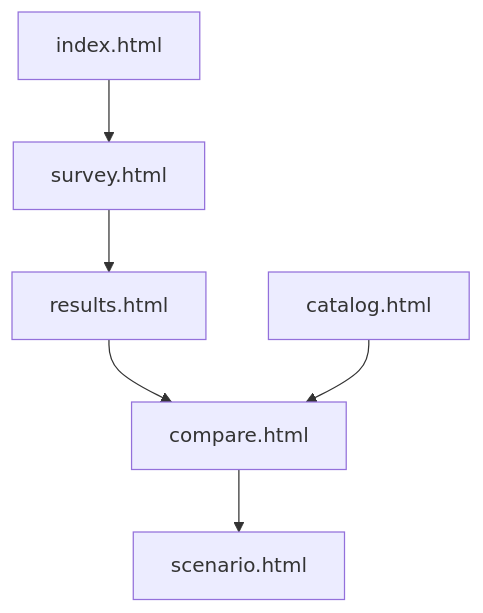
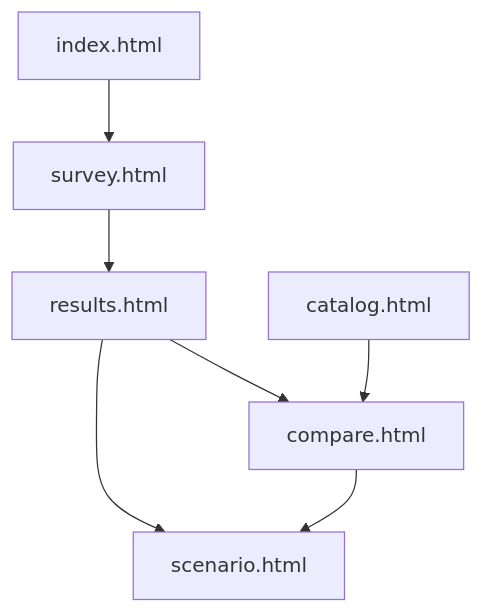
Before and after one commit to azrashn/smart-car-recommender: the diagram in docs/ui-flow.md, drawn with Mermaid. The commit also changed other lines of this file, not shown here.

First line of the commit message:
docs(ui): add conflict report and text confirmation flows

````diff
--- a/docs/ui-flow.md
+++ b/docs/ui-flow.md
@@ -10,8 +10,9 @@
 ```mermaid
 flowchart TD
     index[index.html] --> survey[survey.html]
     survey --> results[results.html]
     results --> compare[compare.html]
-    compare --> scenario[scenario.html]
+    results --> scenario[scenario.html]
+    compare --> scenario
     catalog[catalog.html] --> compare
 ```
````
